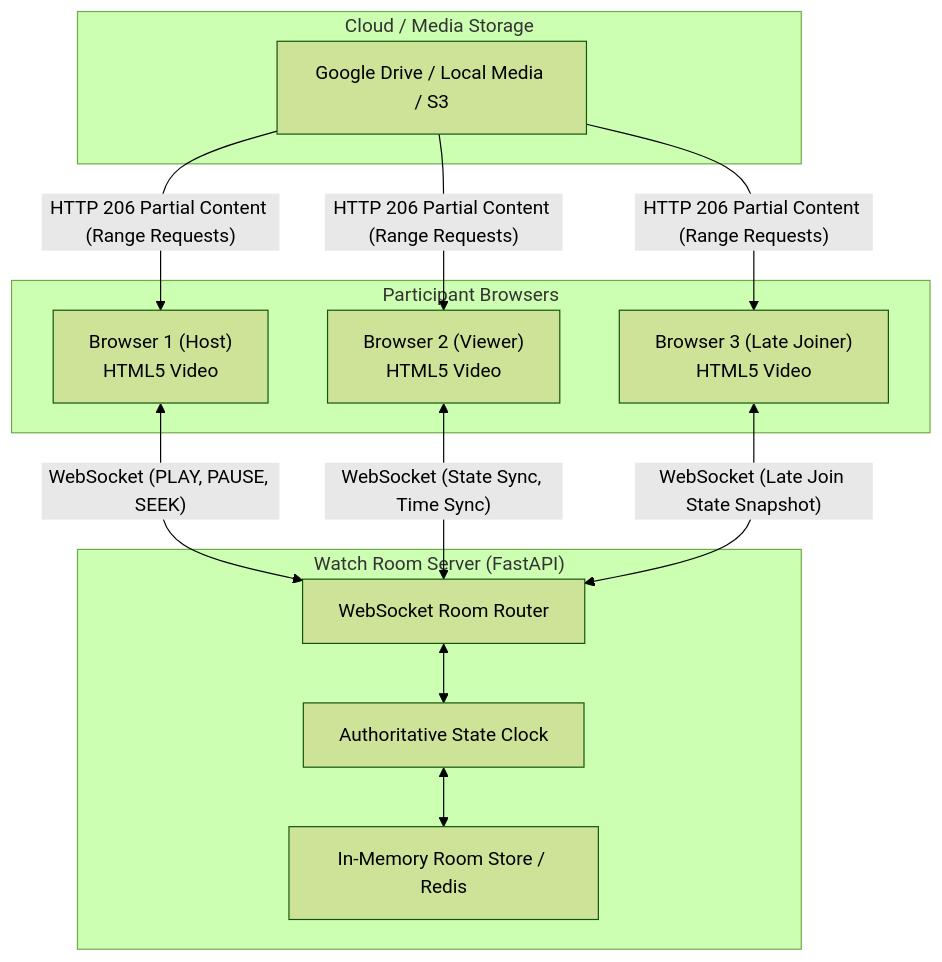
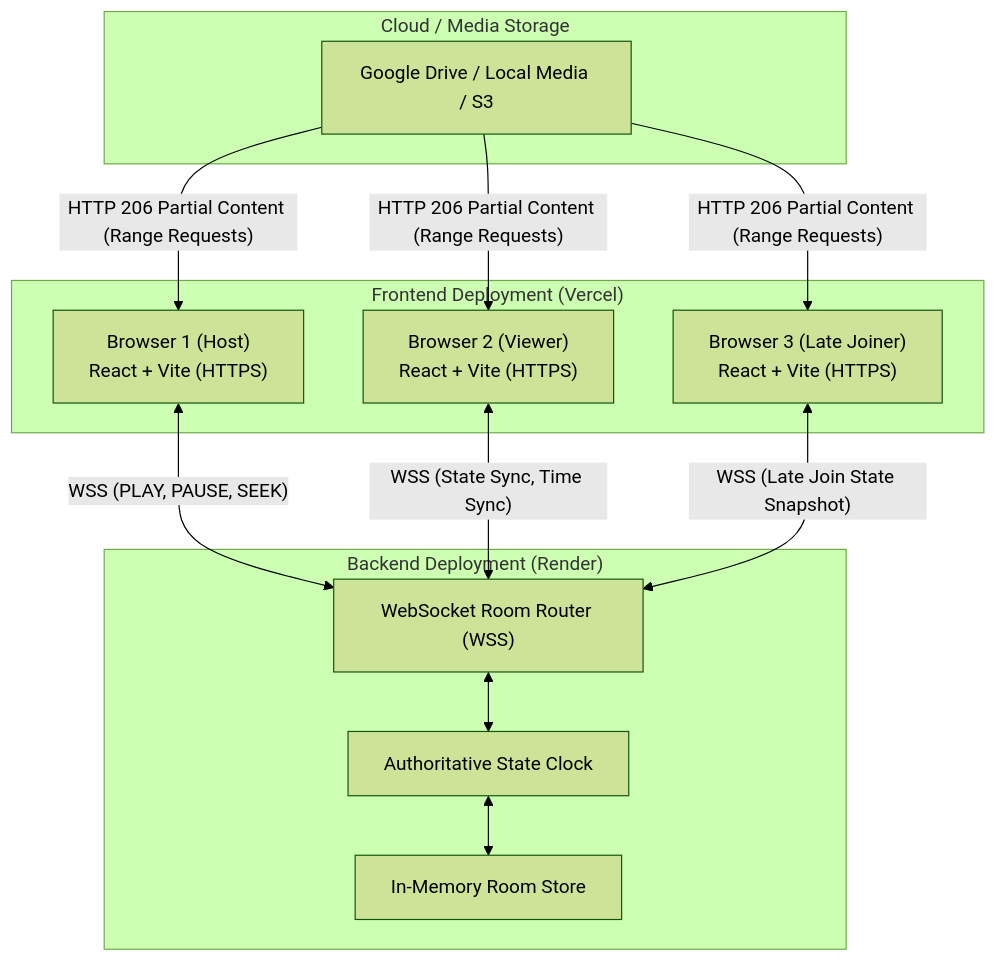
The diagram in README.md (Giriz-3407/letsgo), drawn with Mermaid (forest theme) before and after one commit. The commit also changed other lines of this file and 13 other files, not shown here.

Commit message:
feat: enhance backend and frontend configuration for deployment and OAuth integration

````diff
--- a/README.md
+++ b/README.md
@@ -11,30 +11,30 @@
 ```mermaid
 flowchart TD
     subgraph Storage ["Cloud / Media Storage"]
         GD["Google Drive / Local Media / S3"]
     end
 
-    subgraph Browsers ["Participant Browsers"]
-        B1["Browser 1 (Host)<br/>HTML5 Video"]
-        B2["Browser 2 (Viewer)<br/>HTML5 Video"]
-        B3["Browser 3 (Late Joiner)<br/>HTML5 Video"]
+    subgraph Vercel ["Frontend Deployment (Vercel)"]
+        B1["Browser 1 (Host)<br/>React + Vite (HTTPS)"]
+        B2["Browser 2 (Viewer)<br/>React + Vite (HTTPS)"]
+        B3["Browser 3 (Late Joiner)<br/>React + Vite (HTTPS)"]
     end
 
-    subgraph ControlServer ["Watch Room Server (FastAPI)"]
-        WS["WebSocket Room Router"]
+    subgraph Render ["Backend Deployment (Render)"]
+        WS["WebSocket Room Router (WSS)"]
         AUTH["Authoritative State Clock"]
-        MEM["In-Memory Room Store / Redis"]
+        MEM["In-Memory Room Store"]
     end
 
     %% Media Path
     GD -->|"HTTP 206 Partial Content (Range Requests)"| B1
     GD -->|"HTTP 206 Partial Content (Range Requests)"| B2
     GD -->|"HTTP 206 Partial Content (Range Requests)"| B3
 
     %% Control Path
-    B1 <-->|"WebSocket (PLAY, PAUSE, SEEK)"| WS
-    B2 <-->|"WebSocket (State Sync, Time Sync)"| WS
-    B3 <-->|"WebSocket (Late Join State Snapshot)"| WS
+    B1 <-->|"WSS (PLAY, PAUSE, SEEK)"| WS
+    B2 <-->|"WSS (State Sync, Time Sync)"| WS
+    B3 <-->|"WSS (Late Join State Snapshot)"| WS
     WS <--> AUTH
     AUTH <--> MEM
 ```
````
